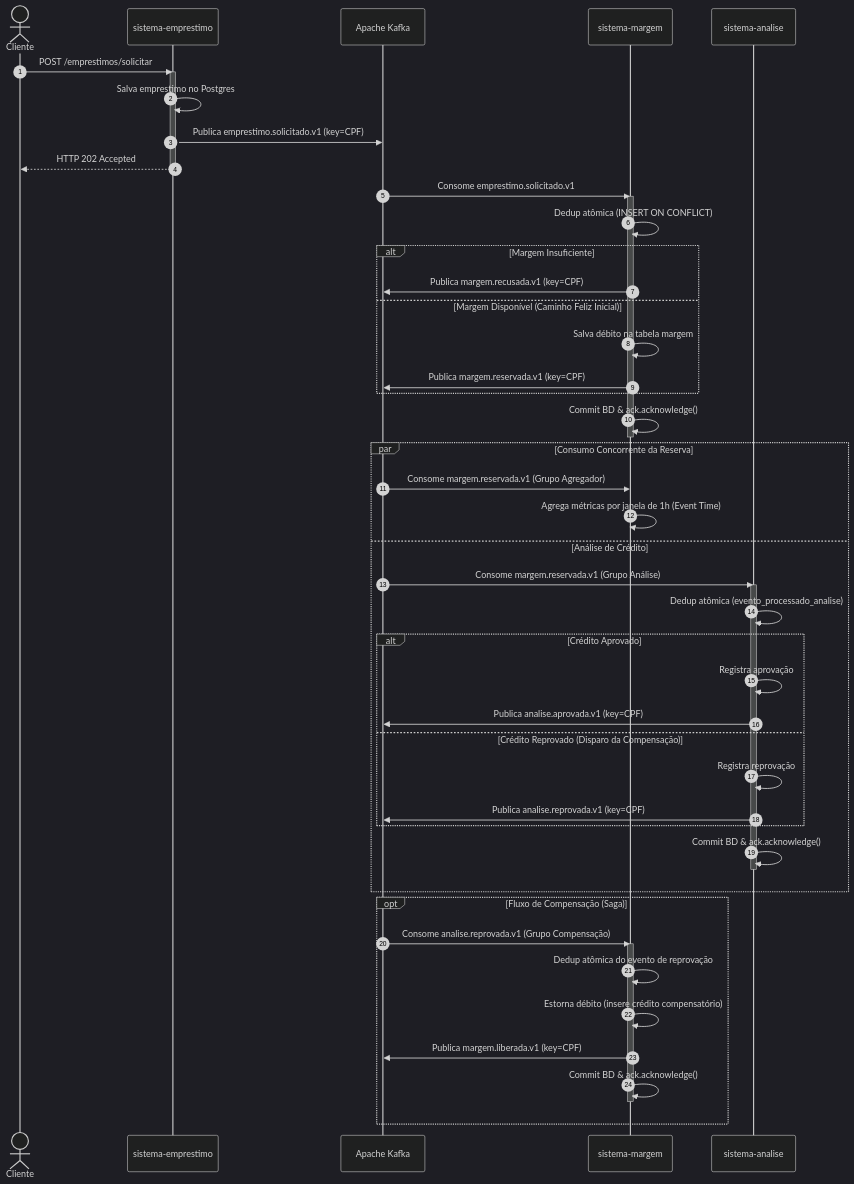
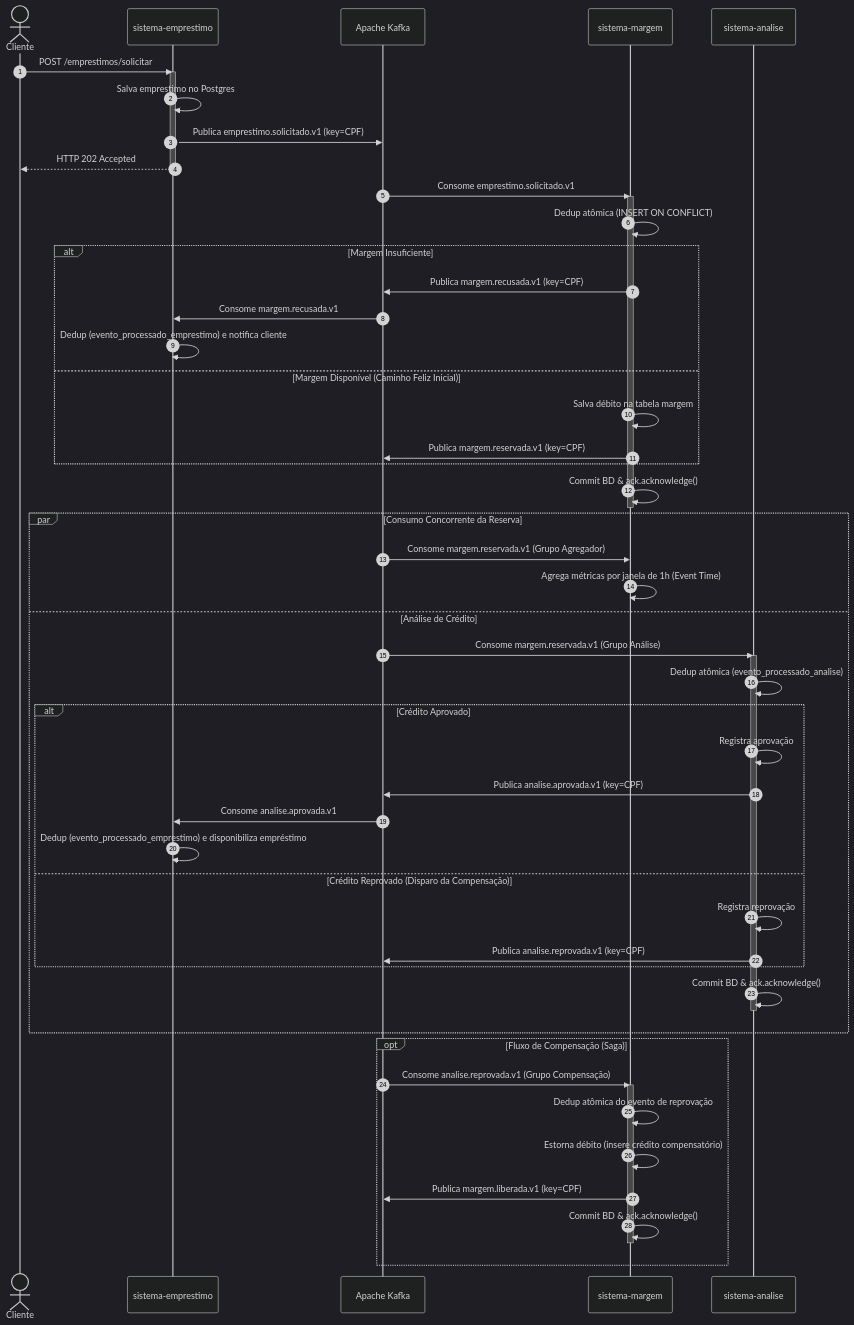
Before and after one commit to zeciola/aed-2026-2-equipe-06: the diagram in docs/arquitetura.md, drawn with Mermaid (dark theme). The commit also changed other lines of this file and 7 other files, not shown here.

````diff
--- a/docs/arquitetura.md
+++ b/docs/arquitetura.md
@@ -58,56 +71,60 @@
 ```mermaid
 sequenceDiagram
     autonumber
     actor Cliente
     participant Emprestimo as sistema-emprestimo
     participant Kafka as Apache Kafka
     participant Margem as sistema-margem
     participant Analise as sistema-analise
 
     Cliente->>Emprestimo: POST /emprestimos/solicitar
     activate Emprestimo
     Emprestimo->>Emprestimo: Salva emprestimo no Postgres
     Emprestimo->>Kafka: Publica emprestimo.solicitado.v1 (key=CPF)
     Emprestimo-->>Cliente: HTTP 202 Accepted
     deactivate Emprestimo
 
     Kafka->>Margem: Consome emprestimo.solicitado.v1
     activate Margem
     Margem->>Margem: Dedup atômica (INSERT ON CONFLICT)
     alt Margem Insuficiente
         Margem->>Kafka: Publica margem.recusada.v1 (key=CPF)
+        Kafka->>Emprestimo: Consome margem.recusada.v1
+        Emprestimo->>Emprestimo: Dedup (evento_processado_emprestimo) e notifica cliente
     else Margem Disponível (Caminho Feliz Inicial)
         Margem->>Margem: Salva débito na tabela margem
         Margem->>Kafka: Publica margem.reservada.v1 (key=CPF)
     end
     Margem->>Margem: Commit BD & ack.acknowledge()
     deactivate Margem
 
     par Consumo Concorrente da Reserva
         Kafka->>Margem: Consome margem.reservada.v1 (Grupo Agregador)
         Margem->>Margem: Agrega métricas por janela de 1h (Event Time)
     and Análise de Crédito
         Kafka->>Analise: Consome margem.reservada.v1 (Grupo Análise)
         activate Analise
         Analise->>Analise: Dedup atômica (evento_processado_analise)
         alt Crédito Aprovado
             Analise->>Analise: Registra aprovação
             Analise->>Kafka: Publica analise.aprovada.v1 (key=CPF)
+            Kafka->>Emprestimo: Consome analise.aprovada.v1
+            Emprestimo->>Emprestimo: Dedup (evento_processado_emprestimo) e disponibiliza empréstimo
         else Crédito Reprovado (Disparo da Compensação)
             Analise->>Analise: Registra reprovação
             Analise->>Kafka: Publica analise.reprovada.v1 (key=CPF)
         end
         Analise->>Analise: Commit BD & ack.acknowledge()
         deactivate Analise
     end
 
     opt Fluxo de Compensação (Saga)
         Kafka->>Margem: Consome analise.reprovada.v1 (Grupo Compensação)
         activate Margem
         Margem->>Margem: Dedup atômica do evento de reprovação
         Margem->>Margem: Estorna débito (insere crédito compensatório)
         Margem->>Kafka: Publica margem.liberada.v1 (key=CPF)
         Margem->>Margem: Commit BD & ack.acknowledge()
         deactivate Margem
     end
 ```
````
